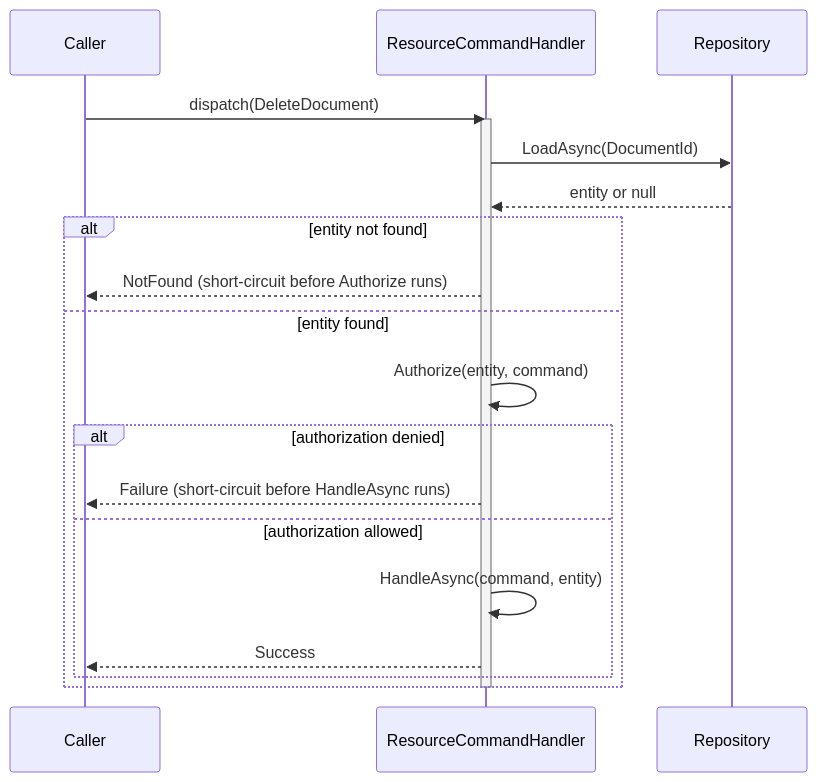
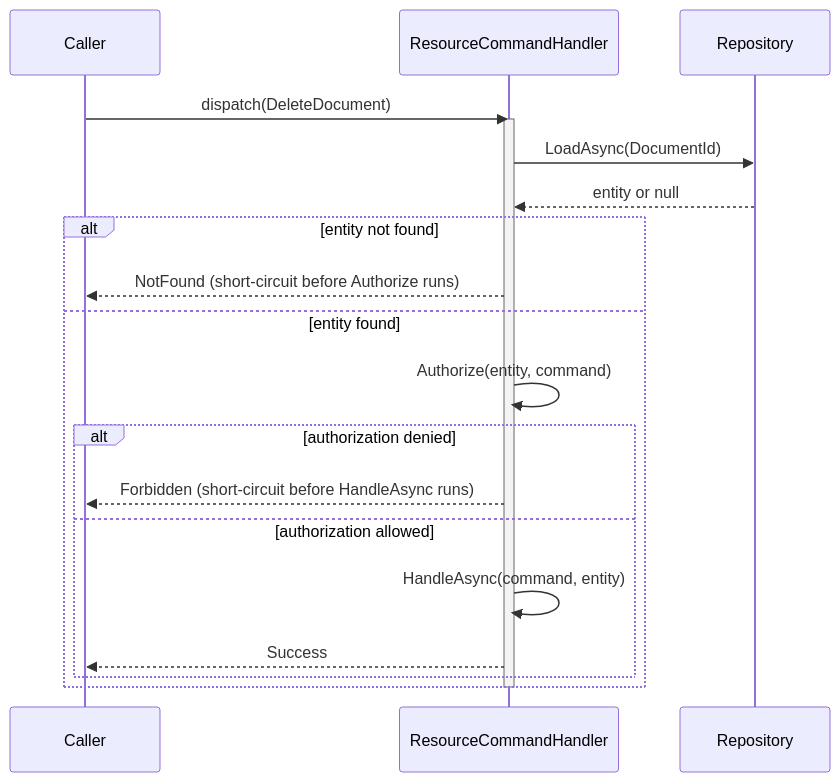
Before and after one commit to rheone/interlocutor: the third of 3 diagrams in documentation/handler-selection-and-dispatch.md, drawn with Mermaid. The commit also changed other lines of this file and 38 other files, not shown here.

````diff
--- a/documentation/handler-selection-and-dispatch.md
+++ b/documentation/handler-selection-and-dispatch.md
@@ -254,24 +254,24 @@
 ```mermaid
 sequenceDiagram
     participant Caller
     participant Handler as ResourceCommandHandler
     participant Repo as Repository
 
     Caller->>Handler: dispatch(DeleteDocument)
     activate Handler
     Handler->>Repo: LoadAsync(DocumentId)
     Repo-->>Handler: entity or null
 
     alt entity not found
         Handler-->>Caller: NotFound (short-circuit before Authorize runs)
     else entity found
         Handler->>Handler: Authorize(entity, command)
         alt authorization denied
-            Handler-->>Caller: Failure (short-circuit before HandleAsync runs)
+            Handler-->>Caller: Forbidden (short-circuit before HandleAsync runs)
         else authorization allowed
             Handler->>Handler: HandleAsync(command, entity)
             Handler-->>Caller: Success
         end
     end
     deactivate Handler
 ```
````
